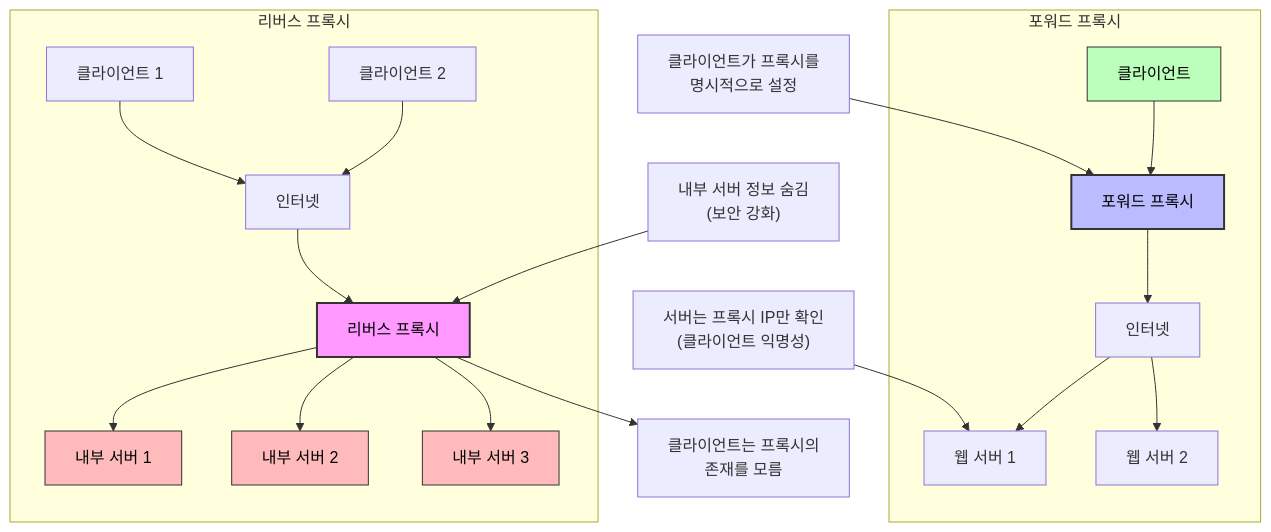
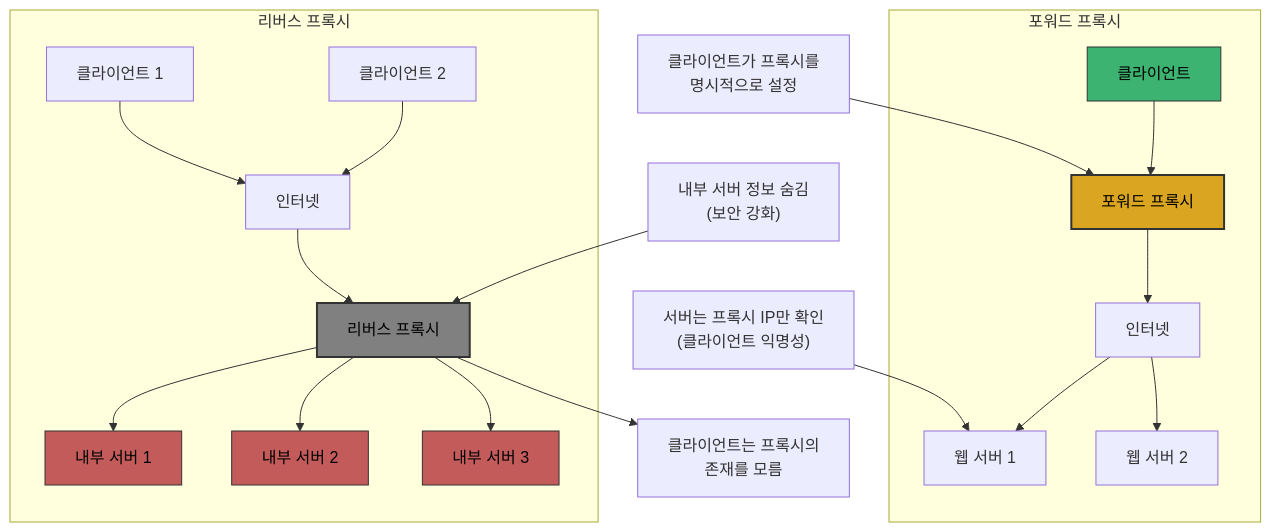
One commit to KalGookSoo/network-basic changed the fourth of 4 diagrams in chapters/07-1_stability_technology.md. Above: the diagram before and after it, drawn with Mermaid. The commit also changed other lines of this file and 3 other files, not shown here.

Commit message:
docs: 표 시각 개선 - 다이어그램 색상 일관성 및 가독성 향상

````diff
--- a/chapters/07-1_stability_technology.md
+++ b/chapters/07-1_stability_technology.md
@@ -163,32 +163,32 @@
 ```mermaid
 graph TD
     subgraph "포워드 프록시"
         A1[클라이언트] --> B1[포워드 프록시]
         B1 --> C1[인터넷]
         C1 --> D1[웹 서버 1]
         C1 --> E1[웹 서버 2]
 
-        style B1 fill:#bbf, stroke:#333, stroke-width:2px, color:#000
-        style A1 fill:#bfb, stroke:#333, stroke-width:1px, color:#000
+        style B1 fill:#daa520, stroke:#333, stroke-width:2px, color:#000
+        style A1 fill:#3cb371, stroke:#333, stroke-width:1px, color:#000
     end
 
     subgraph "리버스 프록시"
         A2[클라이언트 1] --> C2[인터넷]
         B2[클라이언트 2] --> C2
         C2 --> D2[리버스 프록시]
         D2 --> E2[내부 서버 1]
         D2 --> F2[내부 서버 2]
         D2 --> G2[내부 서버 3]
 
-        style D2 fill:#f9f, stroke:#333, stroke-width:2px, color:#000
-        style E2 fill:#fbb, stroke:#333, stroke-width:1px, color:#000
-        style F2 fill:#fbb, stroke:#333, stroke-width:1px, color:#000
-        style G2 fill:#fbb, stroke:#333, stroke-width:1px, color:#000
+        style D2 fill:#808080, stroke:#333, stroke-width:2px, color:#000
+        style E2 fill:#c35b5b, stroke:#333, stroke-width:1px, color:#000
+        style F2 fill:#c35b5b, stroke:#333, stroke-width:1px, color:#000
+        style G2 fill:#c35b5b, stroke:#333, stroke-width:1px, color:#000
     end
 
     H1["클라이언트가 프록시를<br>명시적으로 설정"] --> B1
     D2 --> H2["클라이언트는 프록시의<br>존재를 모름"]
 
     I1["서버는 프록시 IP만 확인<br>(클라이언트 익명성)"] --> D1
     I2["내부 서버 정보 숨김<br>(보안 강화)"] --> D2
 ```
````
